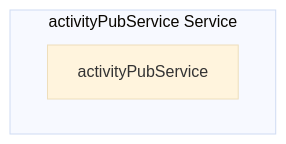
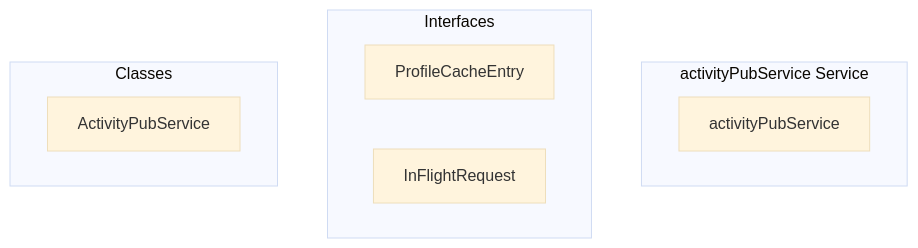
One commit to y4my4my4m/harmony changed the diagram in docs/api/services/activitypubservice.md. Above: the diagram before and after it, drawn with Mermaid (base theme). The commit also changed other lines of this file and 350 other files, not shown here.

````diff
--- a/docs/api/services/activitypubservice.md
+++ b/docs/api/services/activitypubservice.md
@@ -7,11 +7,16 @@
 ```mermaid
 graph TB
     subgraph "activityPubService Service"
         ACTIVITYPUBSERVICE[ActivityPubService]
         ACTIVITYPUBSERVICE[activityPubService]
     end
     
+    subgraph "Interfaces"
+        INT_PROFILECACHEENTRY[ProfileCacheEntry]
+        INT_INFLIGHTREQUEST[InFlightRequest]
+    end
     
-    
-    
+    subgraph "Classes"
+        CLS_ACTIVITYPUBSERVICE[ActivityPubService]
+    end
 ```
````
